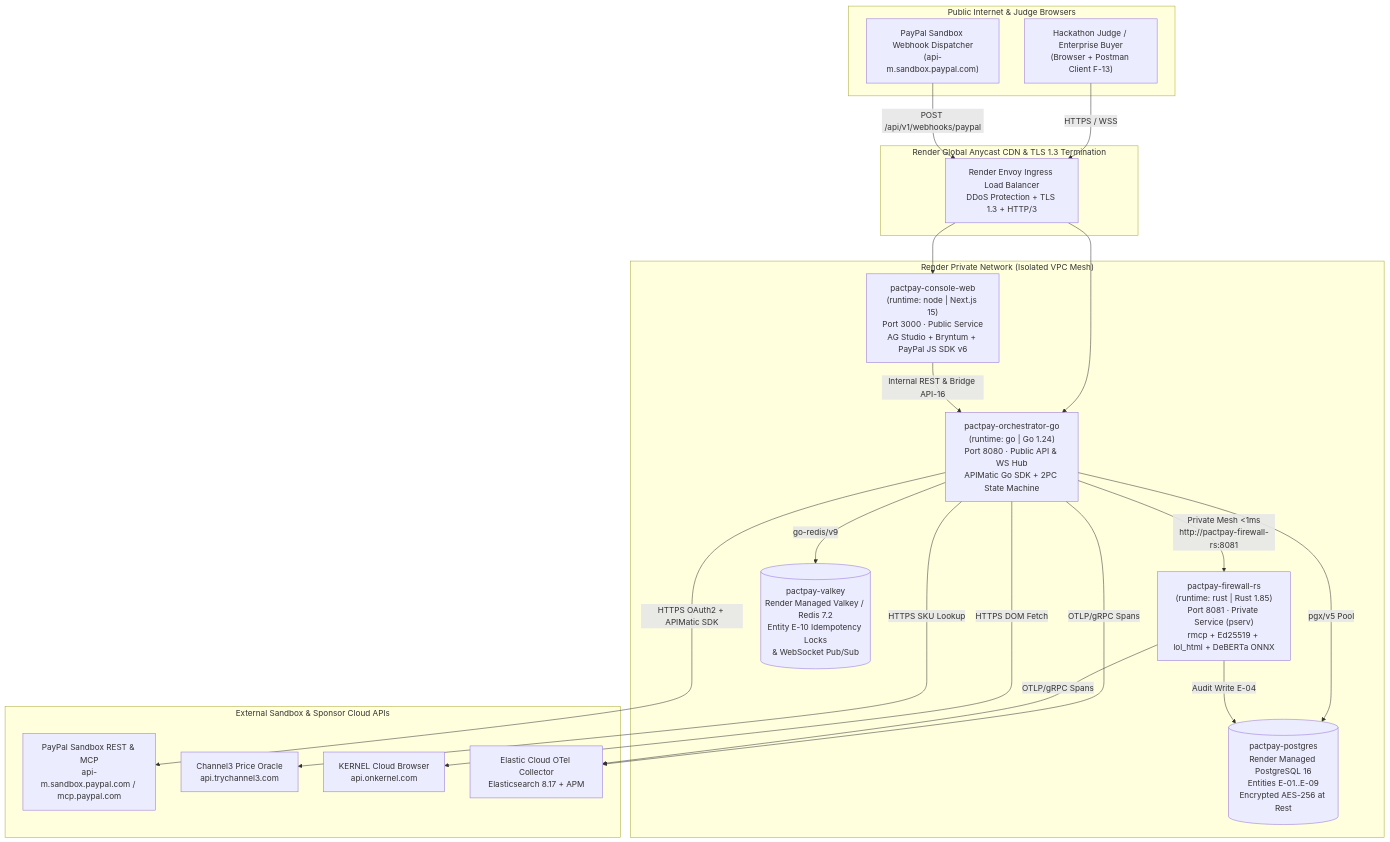
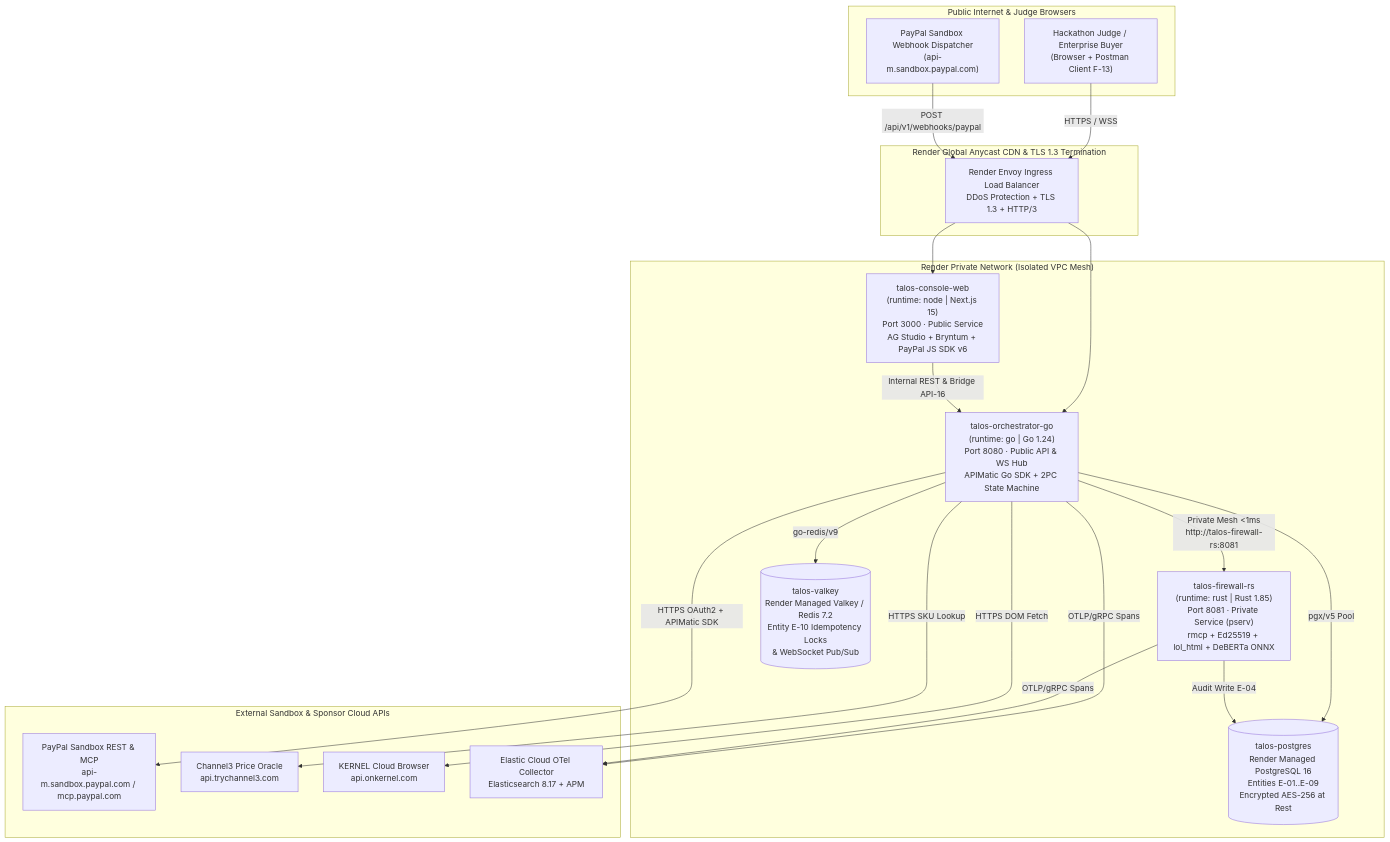
Before and after one commit to sruj08/Talos: the diagram in docs/05-ops/INFRASTRUCTURE.md, drawn with Mermaid. The commit also changed other lines of this file and 457 other files, not shown here.

Commit message:
feat: initialize polyglot project architecture with comprehensive documentation, Go orchestrator, and Rust firewall services

````diff
--- a/docs/05-ops/INFRASTRUCTURE.md
+++ b/docs/05-ops/INFRASTRUCTURE.md
@@ -20,40 +20,40 @@
 ```mermaid
 flowchart TB
     subgraph PublicInternet["Public Internet & Judge Browsers"]
         Judge["Hackathon Judge / Enterprise Buyer\n(Browser + Postman Client F-13)"]
         PayPalWebhook["PayPal Sandbox Webhook Dispatcher\n(api-m.sandbox.paypal.com)"]
     end
 
     subgraph RenderEdge["Render Global Anycast CDN & TLS 1.3 Termination"]
         LB["Render Envoy Ingress Load Balancer\nDDoS Protection + TLS 1.3 + HTTP/3"]
     end
 
     subgraph RenderVPC["Render Private Network (Isolated VPC Mesh)"]
-        Web["pactpay-console-web\n(runtime: node | Next.js 15)\nPort 3000 · Public Service\nAG Studio + Bryntum + PayPal JS SDK v6"]
-        GoOrch["pactpay-orchestrator-go\n(runtime: go | Go 1.24)\nPort 8080 · Public API & WS Hub\nAPIMatic Go SDK + 2PC State Machine"]
-        RustFW["pactpay-firewall-rs\n(runtime: rust | Rust 1.85)\nPort 8081 · Private Service (pserv)\nrmcp + Ed25519 + lol_html + DeBERTa ONNX"]
-        Postgres[("pactpay-postgres\nRender Managed PostgreSQL 16\nEntities E-01..E-09\nEncrypted AES-256 at Rest")]
-        Valkey[("pactpay-valkey\nRender Managed Valkey / Redis 7.2\nEntity E-10 Idempotency Locks\n& WebSocket Pub/Sub")]
+        Web["talos-console-web\n(runtime: node | Next.js 15)\nPort 3000 · Public Service\nAG Studio + Bryntum + PayPal JS SDK v6"]
+        GoOrch["talos-orchestrator-go\n(runtime: go | Go 1.24)\nPort 8080 · Public API & WS Hub\nAPIMatic Go SDK + 2PC State Machine"]
+        RustFW["talos-firewall-rs\n(runtime: rust | Rust 1.85)\nPort 8081 · Private Service (pserv)\nrmcp + Ed25519 + lol_html + DeBERTa ONNX"]
+        Postgres[("talos-postgres\nRender Managed PostgreSQL 16\nEntities E-01..E-09\nEncrypted AES-256 at Rest")]
+        Valkey[("talos-valkey\nRender Managed Valkey / Redis 7.2\nEntity E-10 Idempotency Locks\n& WebSocket Pub/Sub")]
     end
 
     subgraph ExternalAPIs["External Sandbox & Sponsor Cloud APIs"]
         PayPalAPI["PayPal Sandbox REST & MCP\napi-m.sandbox.paypal.com / mcp.paypal.com"]
         Channel3["Channel3 Price Oracle\napi.trychannel3.com"]
         Kernel["KERNEL Cloud Browser\napi.onkernel.com"]
         Elastic["Elastic Cloud OTel Collector\nElasticsearch 8.17 + APM"]
     end
 
     Judge -->|HTTPS / WSS| LB
     PayPalWebhook -->|POST /api/v1/webhooks/paypal| LB
     LB --> Web
     LB --> GoOrch
     Web -->|Internal REST & Bridge API-16| GoOrch
-    GoOrch -->|Private Mesh <1ms\nhttp://pactpay-firewall-rs:8081| RustFW
+    GoOrch -->|Private Mesh <1ms\nhttp://talos-firewall-rs:8081| RustFW
     GoOrch -->|pgx/v5 Pool| Postgres
     GoOrch -->|go-redis/v9| Valkey
     RustFW -->|Audit Write E-04| Postgres
     GoOrch -->|HTTPS OAuth2 + APIMatic SDK| PayPalAPI
     GoOrch -->|HTTPS SKU Lookup| Channel3
     GoOrch -->|HTTPS DOM Fetch| Kernel
     GoOrch & RustFW -->|OTLP/gRPC Spans| Elastic
 ```
````
